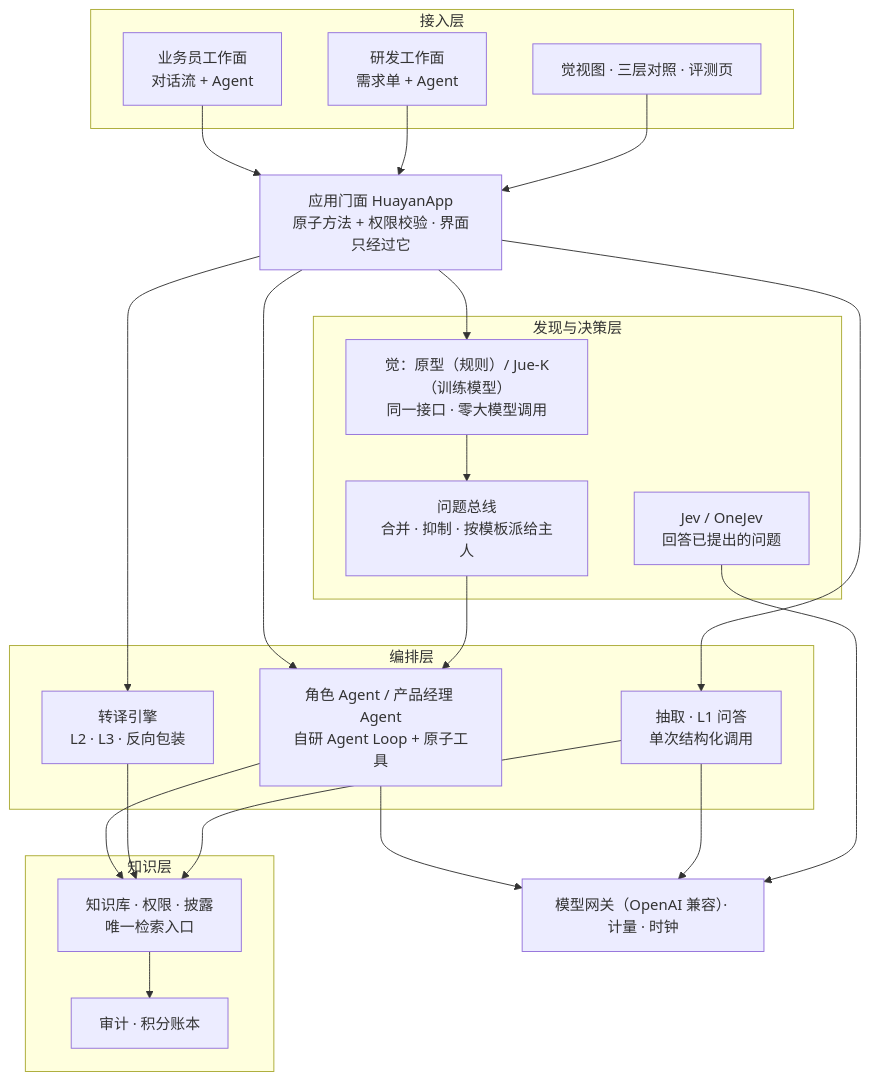
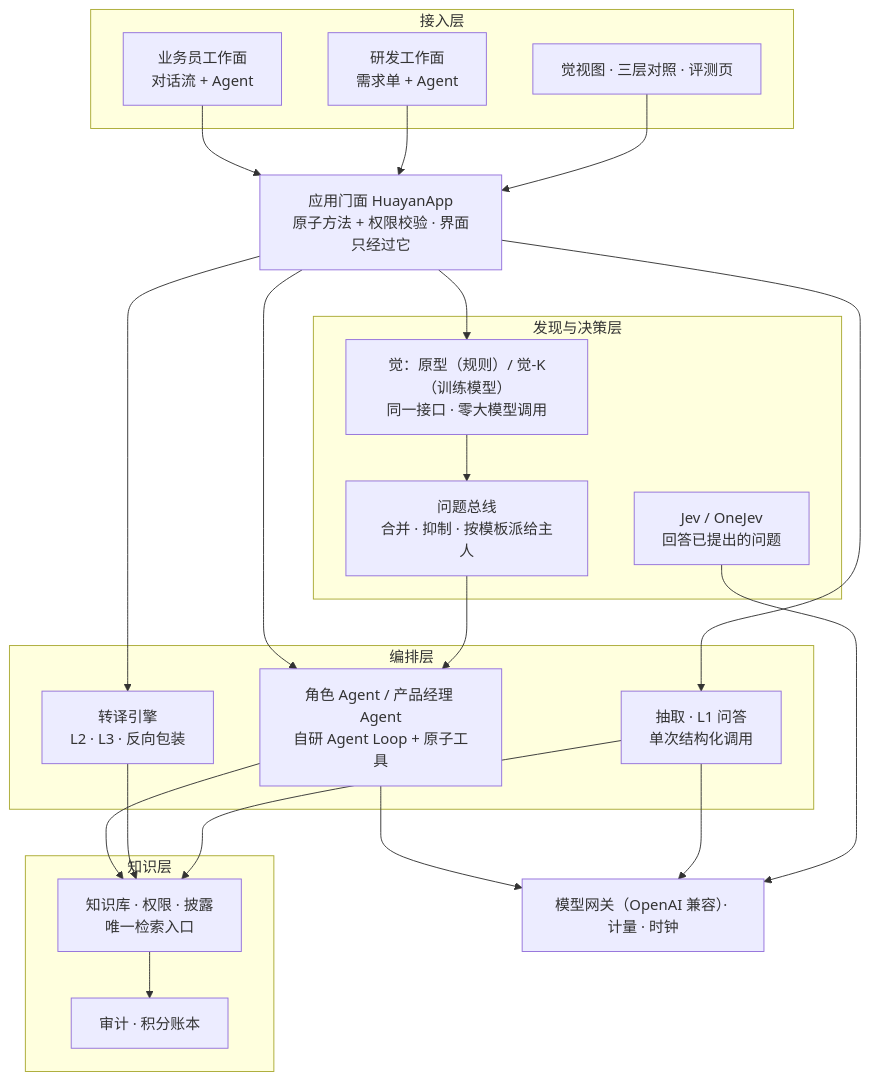
The ninth of 9 diagrams in README.md (Deliaru/Hua-Yan), drawn with Mermaid before and after one commit. The commit also changed other lines of this file, not shown here.

Commit message:
Update README to replace 'Jue-K' with '觉-K'

````diff
--- a/README.md
+++ b/README.md
@@ -621,31 +621,31 @@
 ```mermaid
 flowchart TB
     subgraph 接入层
         W1["业务员工作面<br/>对话流 + Agent"]
         W2["研发工作面<br/>需求单 + Agent"]
         JV["觉视图 · 三层对照 · 评测页"]
     end
     APP["应用门面 HuayanApp<br/>原子方法 + 权限校验 · 界面只经过它"]
     subgraph 编排层
         AG["角色 Agent / 产品经理 Agent<br/>自研 Agent Loop + 原子工具"]
         TR["转译引擎<br/>L2 · L3 · 反向包装"]
         EX["抽取 · L1 问答<br/>单次结构化调用"]
     end
     subgraph 发现与决策层
-        JUE["觉：原型（规则）/ Jue-K（训练模型）<br/>同一接口 · 零大模型调用"]
+        觉["觉：原型（规则）/ 觉-K（训练模型）<br/>同一接口 · 零大模型调用"]
         BUS["问题总线<br/>合并 · 抑制 · 按模板派给主人"]
         JEV["Jev / OneJev<br/>回答已提出的问题"]
     end
     subgraph 知识层
         KB["知识库 · 权限 · 披露<br/>唯一检索入口"]
         LED["审计 · 积分账本"]
     end
     GW["模型网关（OpenAI 兼容）· 计量 · 时钟"]
     W1 & W2 & JV --> APP
     APP --> AG & TR & EX
-    JUE --> BUS --> AG
-    APP --> JUE
+    觉 --> BUS --> AG
+    APP --> 觉
     AG & TR & EX --> KB
     KB --> LED
     AG & EX & JEV --> GW
 ```
````
